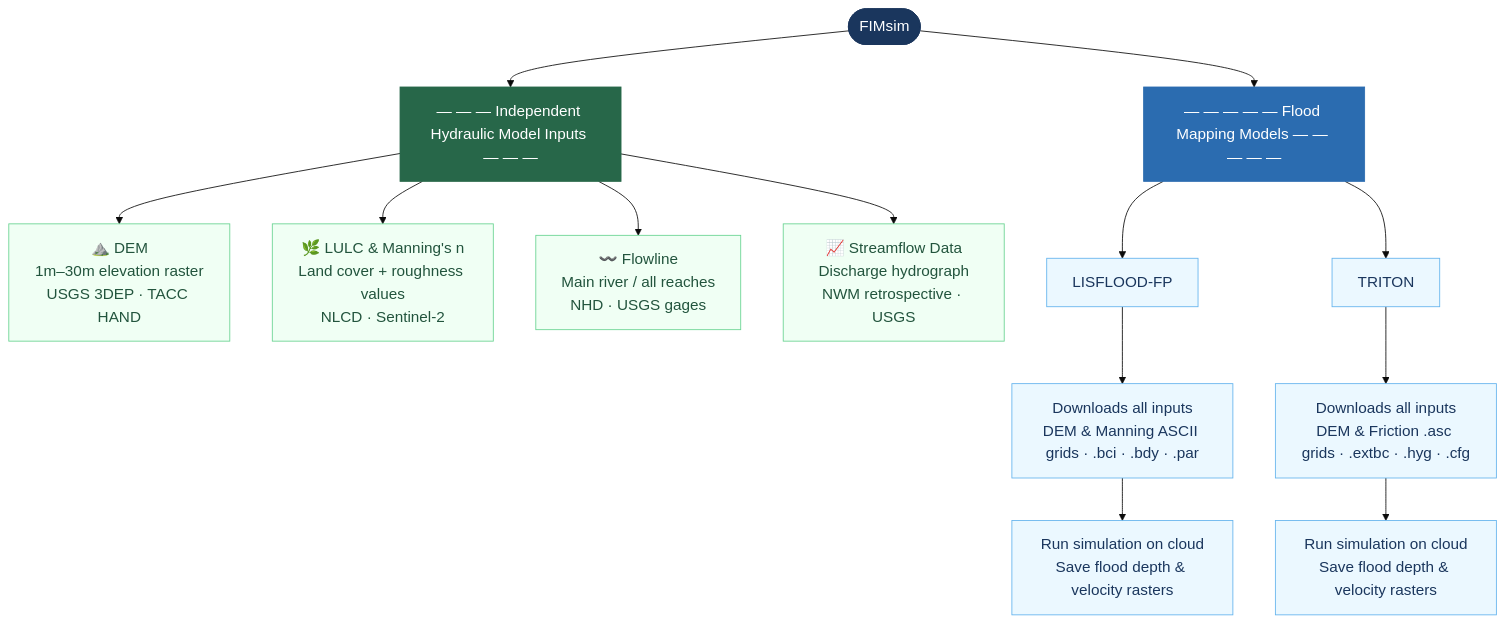
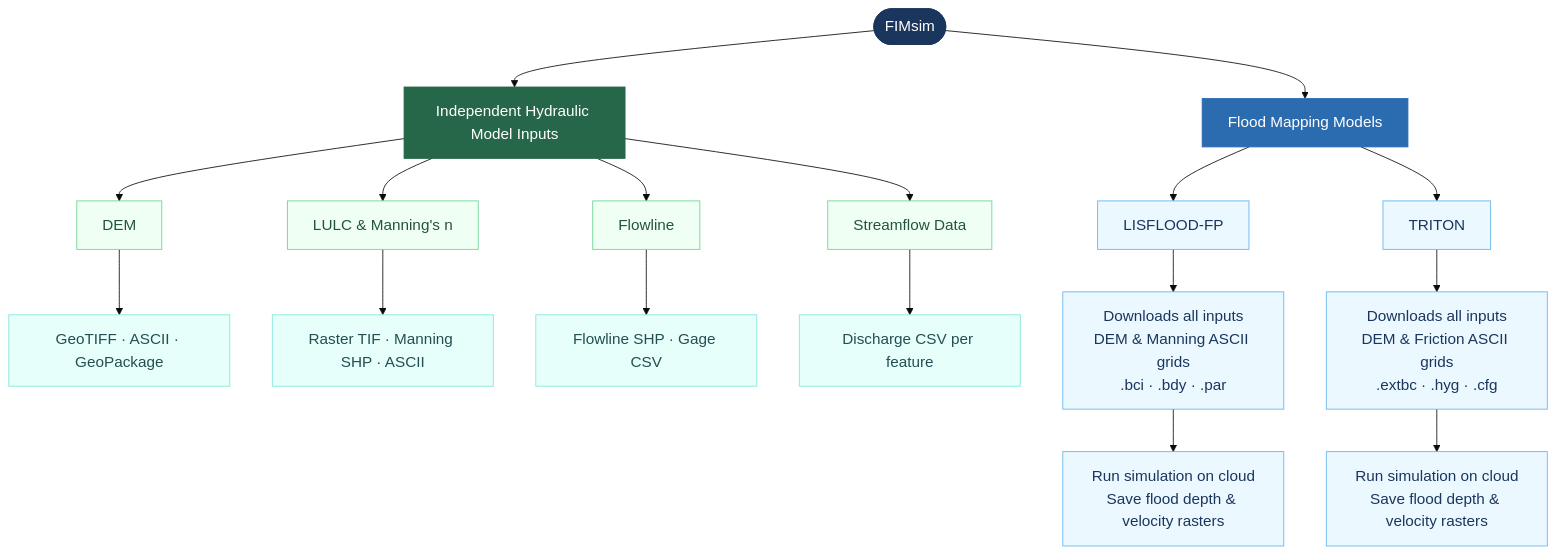
The diagram in README.md (pnikrou/FIMsim), drawn with Mermaid before and after one commit.

Commit message:
Workflow: add output format row on left, fix grids line break on right

````diff
--- a/README.md
+++ b/README.md
@@ -28,36 +28,43 @@
 ```mermaid
 %%{init: {'theme': 'base', 'themeVariables': {'fontSize': '18px', 'fontFamily': 'Arial'}}}%%
 flowchart TD
     FIM(["FIMsim"])
 
-    FIM --> IND["— — — Independent Hydraulic Model Inputs — — —"]
-    FIM --> FM["— — — — — Flood Mapping Models — — — — —"]
+    FIM --> IND["Independent Hydraulic Model Inputs"]
+    FIM --> FM["Flood Mapping Models"]
 
-    %% ── Input Parameters ───────────────────────────────────────────
-    IND --> DEM["⛰️ DEM\n1m–30m elevation raster\nUSGS 3DEP · TACC HAND"]
-    IND --> LULC["🌿 LULC & Manning's n\nLand cover + roughness values\nNLCD · Sentinel-2"]
-    IND --> FL["〰️ Flowline\nMain river / all reaches\nNHD · USGS gages"]
-    IND --> SF["📈 Streamflow Data\nDischarge hydrograph\nNWM retrospective · USGS"]
+    %% ── Input Parameters: name → output formats ────────────────────
+    IND --> DEM["DEM"]
+    IND --> LULC["LULC & Manning's n"]
+    IND --> FL["Flowline"]
+    IND --> SF["Streamflow Data"]
+
+    DEM  --> DEM_OUT["GeoTIFF · ASCII · GeoPackage"]
+    LULC --> LULC_OUT["Raster TIF · Manning SHP · ASCII"]
+    FL   --> FL_OUT["Flowline SHP · Gage CSV"]
+    SF   --> SF_OUT["Discharge CSV per feature"]
 
     %% ── LISFLOOD-FP ────────────────────────────────────────────────
     FM --> LFP["LISFLOOD-FP"]
-    LFP --> LFP_IN["Downloads all inputs\nDEM & Manning ASCII grids · .bci · .bdy · .par"]
+    LFP --> LFP_IN["Downloads all inputs\nDEM & Manning ASCII grids\n.bci · .bdy · .par"]
     LFP_IN --> LFP_RUN["Run simulation on cloud\nSave flood depth & velocity rasters"]
 
     %% ── TRITON ─────────────────────────────────────────────────────
     FM --> TRI["TRITON"]
-    TRI --> TRI_IN["Downloads all inputs\nDEM & Friction .asc grids · .extbc · .hyg · .cfg"]
+    TRI --> TRI_IN["Downloads all inputs\nDEM & Friction ASCII grids\n.extbc · .hyg · .cfg"]
     TRI_IN --> TRI_RUN["Run simulation on cloud\nSave flood depth & velocity rasters"]
 
-    classDef main     fill:#1a365d,color:#ffffff,stroke:#1a365d
-    classDef cat_grn  fill:#276749,color:#ffffff,stroke:#276749
-    classDef cat_blu  fill:#2b6cb0,color:#ffffff,stroke:#2b6cb0
-    classDef item_grn fill:#f0fff4,color:#22543d,stroke:#68d391
-    classDef model    fill:#ebf8ff,color:#1a365d,stroke:#63b3ed
+    classDef main      fill:#1a365d,color:#ffffff,stroke:#1a365d
+    classDef cat_grn   fill:#276749,color:#ffffff,stroke:#276749
+    classDef cat_blu   fill:#2b6cb0,color:#ffffff,stroke:#2b6cb0
+    classDef item_grn  fill:#f0fff4,color:#22543d,stroke:#68d391
+    classDef item_out  fill:#e6fffa,color:#234e52,stroke:#81e6d9
+    classDef model     fill:#ebf8ff,color:#1a365d,stroke:#63b3ed
 
     class FIM main
     class IND cat_grn
     class FM cat_blu
     class DEM,LULC,FL,SF item_grn
+    class DEM_OUT,LULC_OUT,FL_OUT,SF_OUT item_out
     class LFP,LFP_IN,LFP_RUN,TRI,TRI_IN,TRI_RUN model
 ```
````
